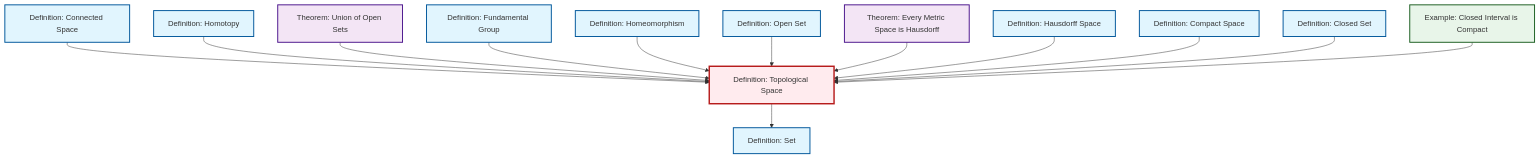
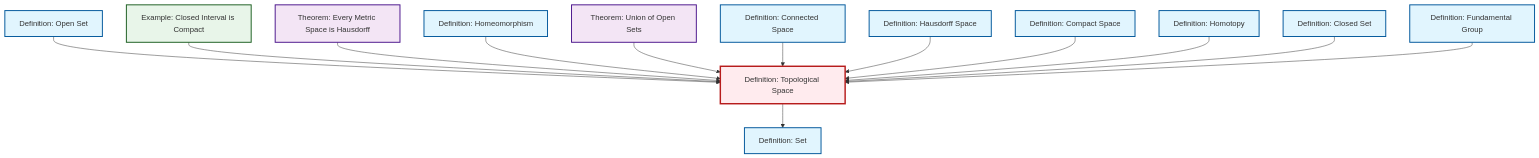
One commit to RK0429/ModernMath changed the diagram in content/en/topology/def-topological-space.qmd. Above: the diagram before and after it, drawn with Mermaid. The commit also changed other lines of this file and 328 other files, not shown here.

````diff
--- a/content/en/topology/def-topological-space.qmd
+++ b/content/en/topology/def-topological-space.qmd
@@ -60,47 +60,47 @@
 ```{mermaid}
 %%| fig-cap: "Local dependency graph"
 graph TD
     classDef definition fill:#e1f5fe,stroke:#01579b,stroke-width:2px
     classDef theorem fill:#f3e5f5,stroke:#4a148c,stroke-width:2px
     classDef axiom fill:#fff3e0,stroke:#e65100,stroke-width:2px
     classDef example fill:#e8f5e9,stroke:#1b5e20,stroke-width:2px
     classDef current fill:#ffebee,stroke:#b71c1c,stroke-width:3px
+    thm-union-open-sets["Theorem: Union of Open Sets"]:::theorem
+    def-hausdorff["Definition: Hausdorff Space"]:::definition
+    def-open-set["Definition: Open Set"]:::definition
+    def-homeomorphism["Definition: Homeomorphism"]:::definition
+    def-connected["Definition: Connected Space"]:::definition
+    def-fundamental-group["Definition: Fundamental Group"]:::definition
     def-set["Definition: Set"]:::definition
+    ex-closed-interval-compact["Example: Closed Interval is Compact"]:::example
     def-topological-space["Definition: Topological Space"]:::definition
+    def-homotopy["Definition: Homotopy"]:::definition
     def-compact["Definition: Compact Space"]:::definition
-    def-homeomorphism["Definition: Homeomorphism"]:::definition
     def-closed-set["Definition: Closed Set"]:::definition
     thm-metric-hausdorff["Theorem: Every Metric Space is Hausdorff"]:::theorem
-    thm-union-open-sets["Theorem: Union of Open Sets"]:::theorem
-    def-homotopy["Definition: Homotopy"]:::definition
-    ex-closed-interval-compact["Example: Closed Interval is Compact"]:::example
-    def-open-set["Definition: Open Set"]:::definition
-    def-fundamental-group["Definition: Fundamental Group"]:::definition
-    def-hausdorff["Definition: Hausdorff Space"]:::definition
-    def-connected["Definition: Connected Space"]:::definition
+    def-open-set --> def-topological-space
+    ex-closed-interval-compact --> def-topological-space
+    thm-metric-hausdorff --> def-topological-space
+    def-homeomorphism --> def-topological-space
+    def-topological-space --> def-set
+    thm-union-open-sets --> def-topological-space
     def-connected --> def-topological-space
-    def-homotopy --> def-topological-space
-    thm-union-open-sets --> def-topological-space
-    def-fundamental-group --> def-topological-space
-    def-topological-space --> def-set
-    def-homeomorphism --> def-topological-space
-    def-open-set --> def-topological-space
-    thm-metric-hausdorff --> def-topological-space
     def-hausdorff --> def-topological-space
     def-compact --> def-topological-space
+    def-homotopy --> def-topological-space
     def-closed-set --> def-topological-space
-    ex-closed-interval-compact --> def-topological-space
+    def-fundamental-group --> def-topological-space
     class def-topological-space current
+    click thm-union-open-sets "thm-union-open-sets.html" "Go to Union of Open Sets theorem"
+    click def-hausdorff "def-hausdorff.html" "Go to Hausdorff Space definition"
+    click def-open-set "def-open-set.html" "Go to Open Set definition"
+    click def-homeomorphism "def-homeomorphism.html" "Go to Homeomorphism definition"
+    click def-connected "def-connected.html" "Go to Connected Space definition"
+    click def-fundamental-group "def-fundamental-group.html" "Go to Fundamental Group definition"
     click def-set "def-set.html" "Go to Set definition"
+    click ex-closed-interval-compact "ex-closed-interval-compact.html" "Go to Closed Interval is Compact example"
+    click def-homotopy "def-homotopy.html" "Go to Homotopy definition"
     click def-compact "def-compact.html" "Go to Compact Space definition"
-    click def-homeomorphism "def-homeomorphism.html" "Go to Homeomorphism definition"
     click def-closed-set "def-closed-set.html" "Go to Closed Set definition"
     click thm-metric-hausdorff "thm-metric-hausdorff.html" "Go to Every Metric Space is Hausdorff theorem"
-    click thm-union-open-sets "thm-union-open-sets.html" "Go to Union of Open Sets theorem"
-    click def-homotopy "def-homotopy.html" "Go to Homotopy definition"
-    click ex-closed-interval-compact "ex-closed-interval-compact.html" "Go to Closed Interval is Compact example"
-    click def-open-set "def-open-set.html" "Go to Open Set definition"
-    click def-fundamental-group "def-fundamental-group.html" "Go to Fundamental Group definition"
-    click def-hausdorff "def-hausdorff.html" "Go to Hausdorff Space definition"
-    click def-connected "def-connected.html" "Go to Connected Space definition"
 ```
````
